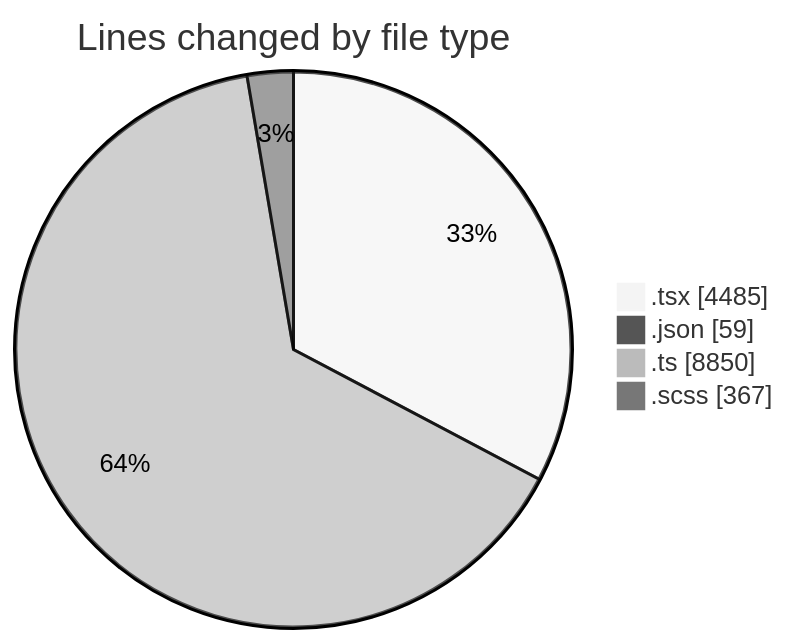
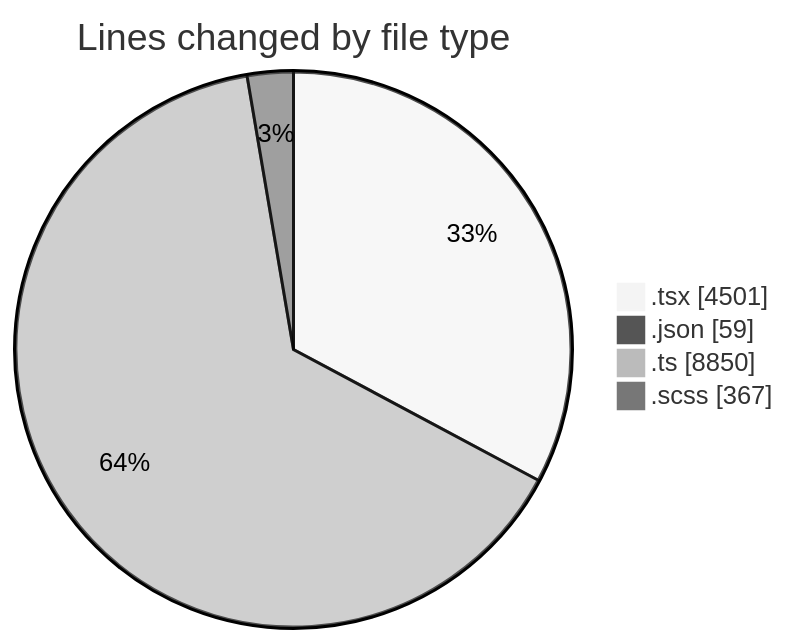
One commit to momahboobian/code-tracking changed the first of 2 diagrams in 2025-11-24/cda/README.md. Above: the diagram before and after it, drawn with Mermaid (neutral theme). The commit also changed other lines of this file and 1 other file, not shown here.

````diff
--- a/2025-11-24/cda/README.md
+++ b/2025-11-24/cda/README.md
@@ -36,8 +36,8 @@
 ```mermaid
 pie showData
 title Lines changed by file type
-".tsx" : 4485
+".tsx" : 4501
 ".json" : 59
 ".ts" : 8850
 ".scss" : 367
 ```
````
